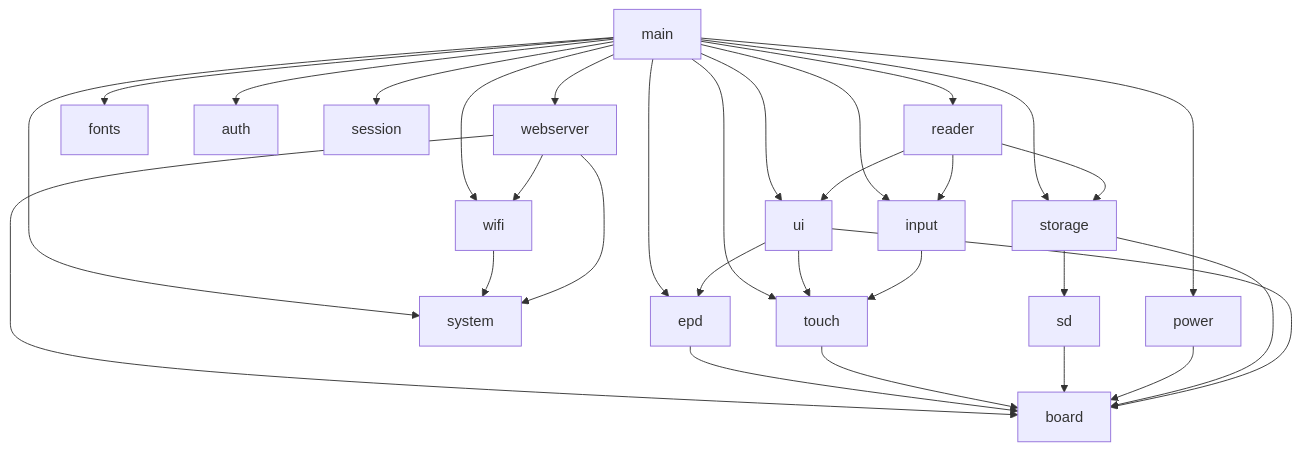
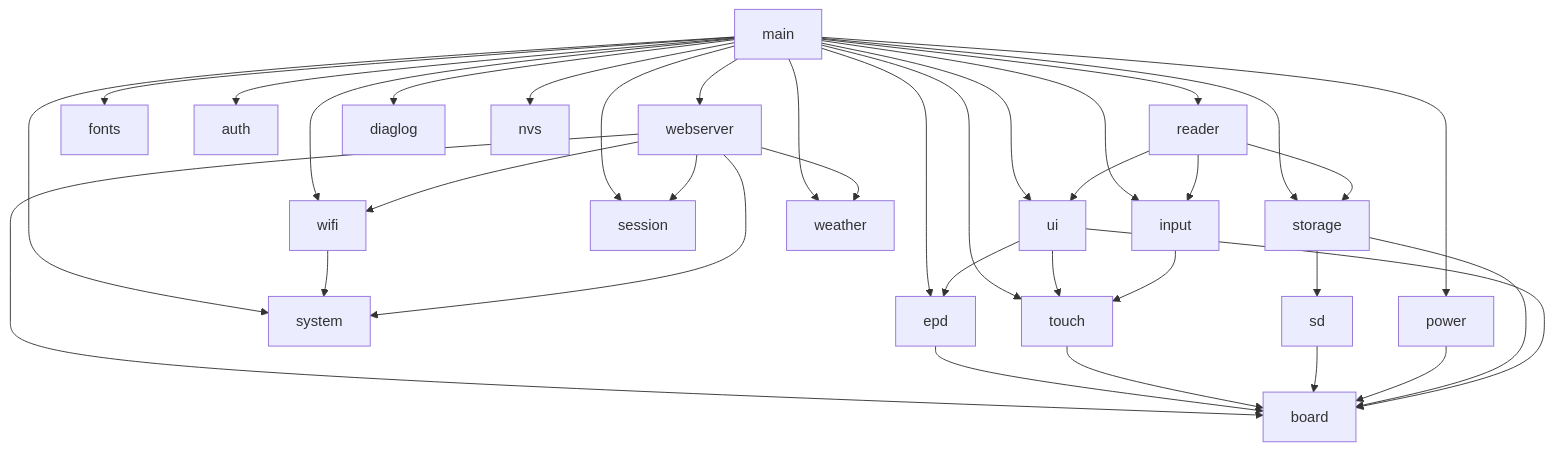
The second of 2 diagrams in README.md (xiaobaoaaaaaa/ESPaperPlay), drawn with Mermaid before and after one commit. The commit also changed other lines of this file and 3 other files, not shown here.

````diff
--- a/README.md
+++ b/README.md
@@ -663,38 +912,43 @@
 ```mermaid
 graph TD
     main[main] --> reader[reader]
     main --> ui[ui]
     main --> fonts[fonts]
     main --> input[input]
     main --> power[power]
     main --> storage[storage]
     main --> system[system]
     main --> auth[auth]
     main --> session[session]
     main --> wifi[wifi]
     main --> webserver[webserver]
+    main --> weather[weather]
+    main --> diaglog[diaglog]
+    main --> nvs[nvs]
     main --> touch[touch]
     main --> epd[epd]
 
     wifi --> system
     webserver --> system
     webserver --> wifi
+    webserver --> weather
+    webserver --> session
     webserver --> board
 
     reader --> ui
     reader --> input
     reader --> storage
 
     ui --> epd
     ui --> touch
 
     input --> touch
 
     epd --> board[board]
     touch --> board
-    storage --> sd
+    storage --> sd[sd]
     sd --> board
     power --> board
     storage --> board
     ui --> board
 ```
````
